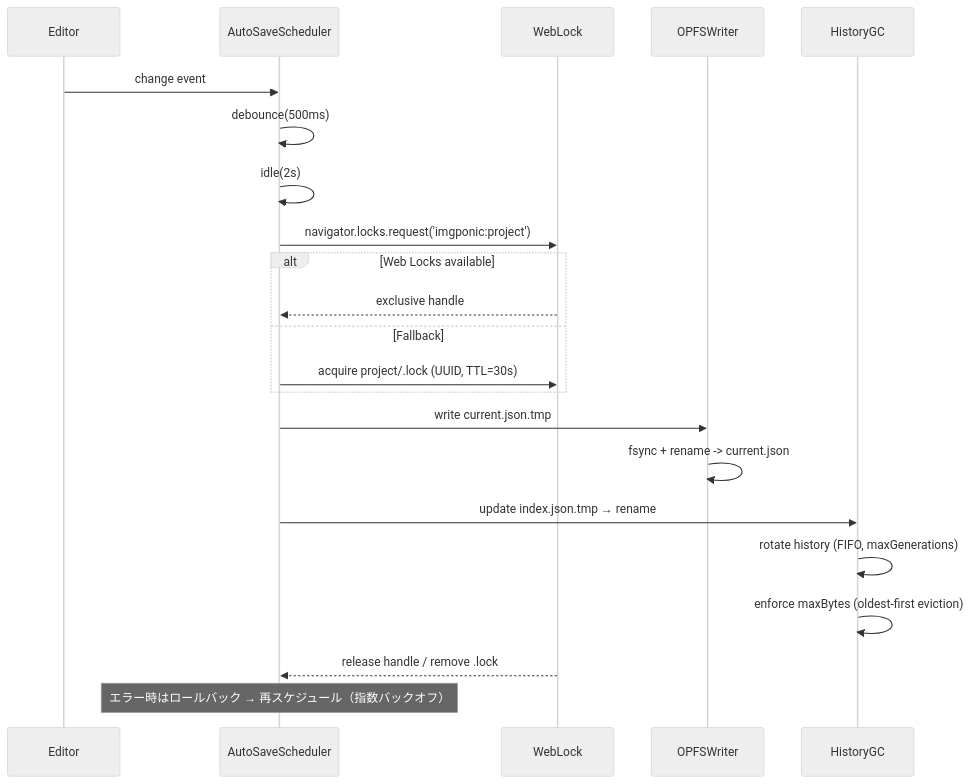
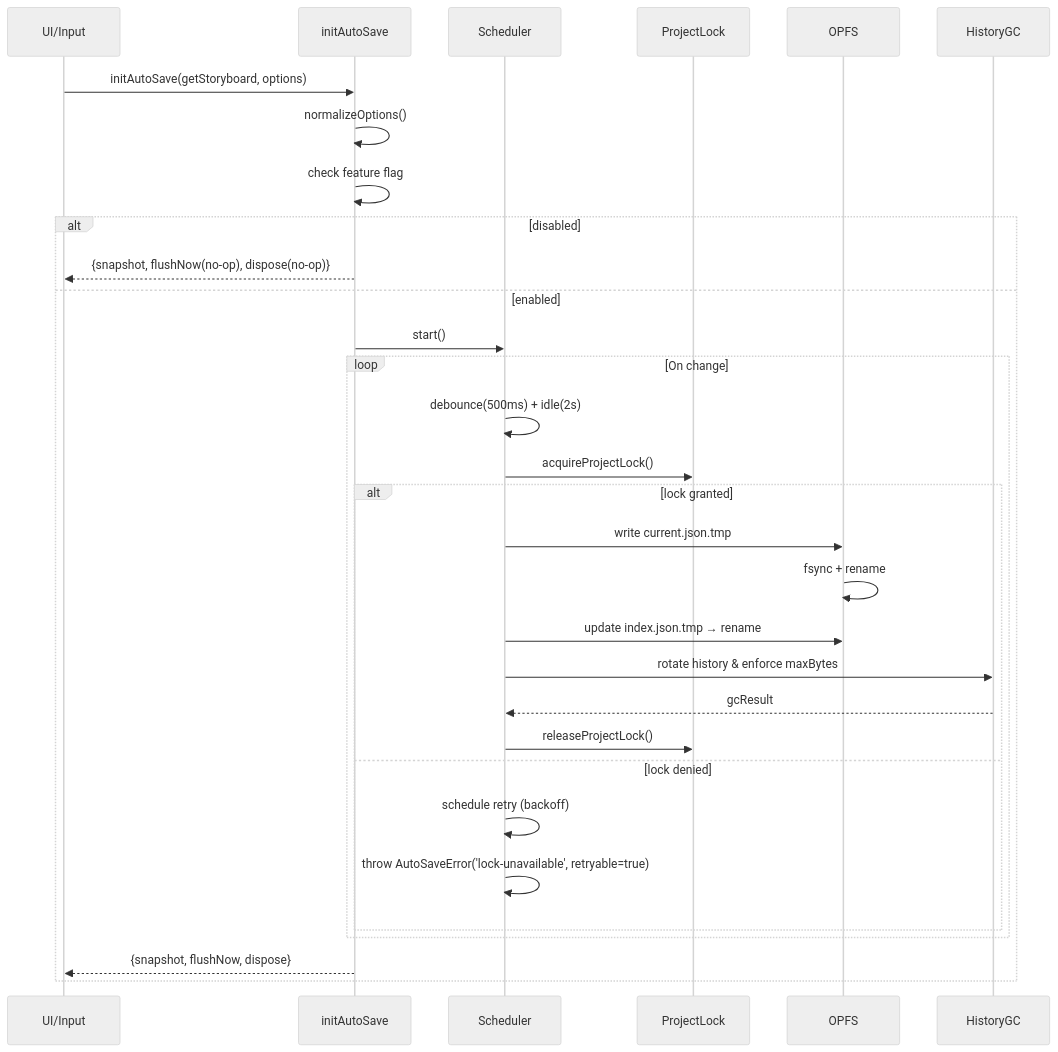
Before and after one commit to RNA4219/Conimgponic: the first of 13 diagrams in docs/AUTOSAVE-DESIGN-IMPL.md, drawn with Mermaid (neutral theme). The commit also changed other lines of this file and 1 other file, not shown here.

````diff
--- a/docs/AUTOSAVE-DESIGN-IMPL.md
+++ b/docs/AUTOSAVE-DESIGN-IMPL.md
@@ -33,25 +53,34 @@
 ```mermaid
 sequenceDiagram
-  participant Input as Editor
-  participant Scheduler as AutoSaveScheduler
-  participant Lock as WebLock
-  participant Writer as OPFSWriter
+  participant UI as UI/Input
+  participant AutoSave as initAutoSave
+  participant Scheduler as Scheduler
+  participant Lock as ProjectLock
+  participant Store as OPFS
   participant GC as HistoryGC
 
-  Input->>Scheduler: change event
-  Scheduler->>Scheduler: debounce(500ms)
-  Scheduler->>Scheduler: idle(2s)
-  Scheduler->>Lock: navigator.locks.request('imgponic:project')
-  alt Web Locks available
-    Lock-->>Scheduler: exclusive handle
-  else Fallback
-    Scheduler->>Lock: acquire project/.lock (UUID, TTL=30s)
+  UI->>AutoSave: initAutoSave(getStoryboard, options)
+  AutoSave->>AutoSave: normalizeOptions()
+  AutoSave->>AutoSave: check feature flag
+  alt disabled
+    AutoSave-->>UI: {snapshot, flushNow(no-op), dispose(no-op)}
+  else enabled
+    AutoSave->>Scheduler: start()
+    loop On change
+      Scheduler->>Scheduler: debounce(500ms) + idle(2s)
+      Scheduler->>Lock: acquireProjectLock()
+      alt lock granted
+        Scheduler->>Store: write current.json.tmp
+        Store->>Store: fsync + rename
+        Scheduler->>Store: update index.json.tmp → rename
+        Scheduler->>GC: rotate history & enforce maxBytes
+        GC-->>Scheduler: gcResult
+        Scheduler->>Lock: releaseProjectLock()
+      else lock denied
+        Scheduler->>Scheduler: schedule retry (backoff)
+        Scheduler->>Scheduler: throw AutoSaveError('lock-unavailable', retryable=true)
+      end
+    end
+    AutoSave-->>UI: {snapshot, flushNow, dispose}
   end
-  Scheduler->>Writer: write current.json.tmp
-  Writer->>Writer: fsync + rename -> current.json
-  Scheduler->>GC: update index.json.tmp → rename
-  GC->>GC: rotate history (FIFO, maxGenerations)
-  GC->>GC: enforce maxBytes (oldest-first eviction)
-  Lock-->>Scheduler: release handle / remove .lock
-  Note over Scheduler: エラー時はロールバック → 再スケジュール（指数バックオフ）
 ```
````
